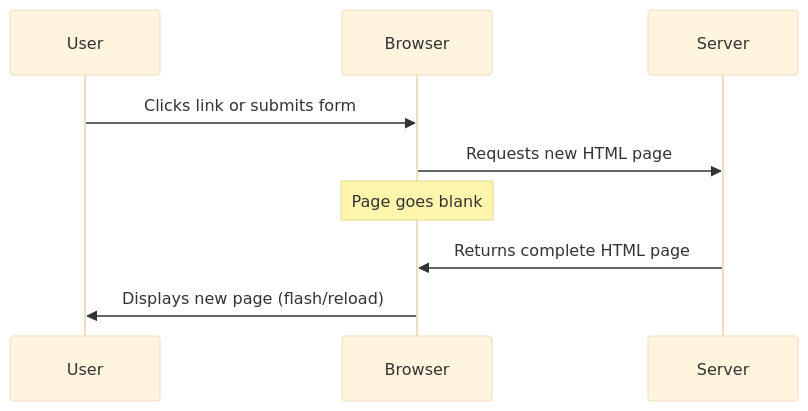
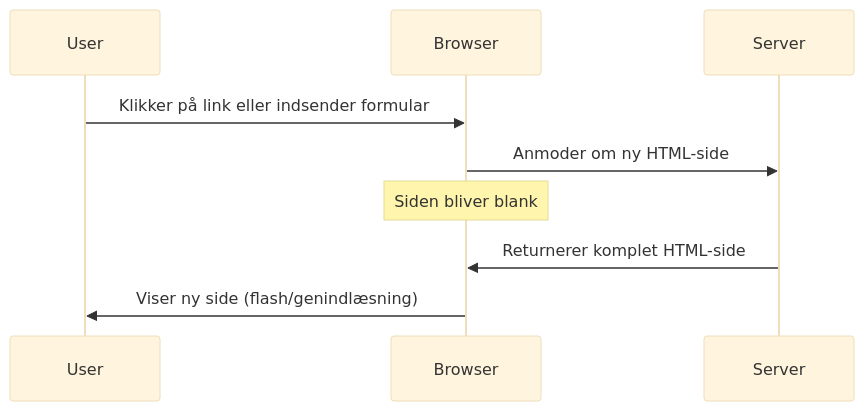
Before and after one commit to microsoft/Web-Dev-For-Beginners: the fourth of 11 diagrams in translations/da/7-bank-project/3-data/README.md, drawn with Mermaid (base theme). The commit also changed other lines of this file and 41 other files, not shown here.

````diff
--- a/translations/da/7-bank-project/3-data/README.md
+++ b/translations/da/7-bank-project/3-data/README.md
@@ -52,12 +147,12 @@
 ```mermaid
 sequenceDiagram
     participant User
     participant Browser
     participant Server
     
-    User->>Browser: Clicks link or submits form
-    Browser->>Server: Requests new HTML page
-    Note over Browser: Page goes blank
-    Server->>Browser: Returns complete HTML page
-    Browser->>User: Displays new page (flash/reload)
+    User->>Browser: Klikker på link eller indsender formular
+    Browser->>Server: Anmoder om ny HTML-side
+    Note over Browser: Siden bliver blank
+    Server->>Browser: Returnerer komplet HTML-side
+    Browser->>User: Viser ny side (flash/genindlæsning)
 ```
````
